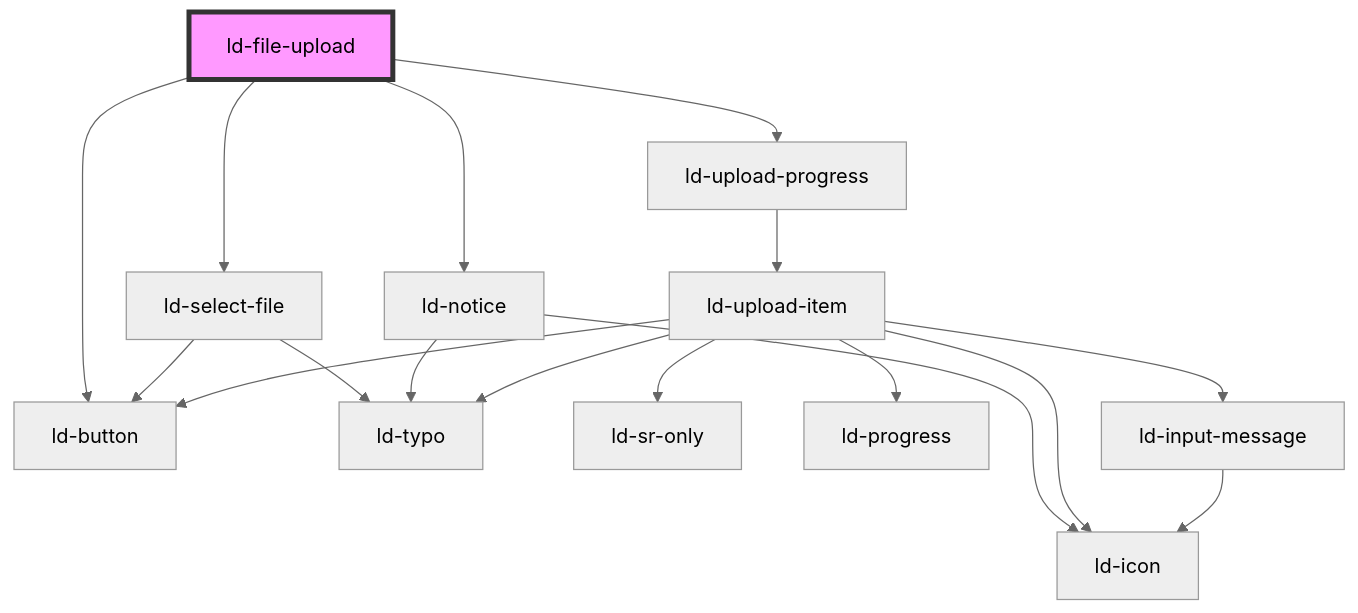
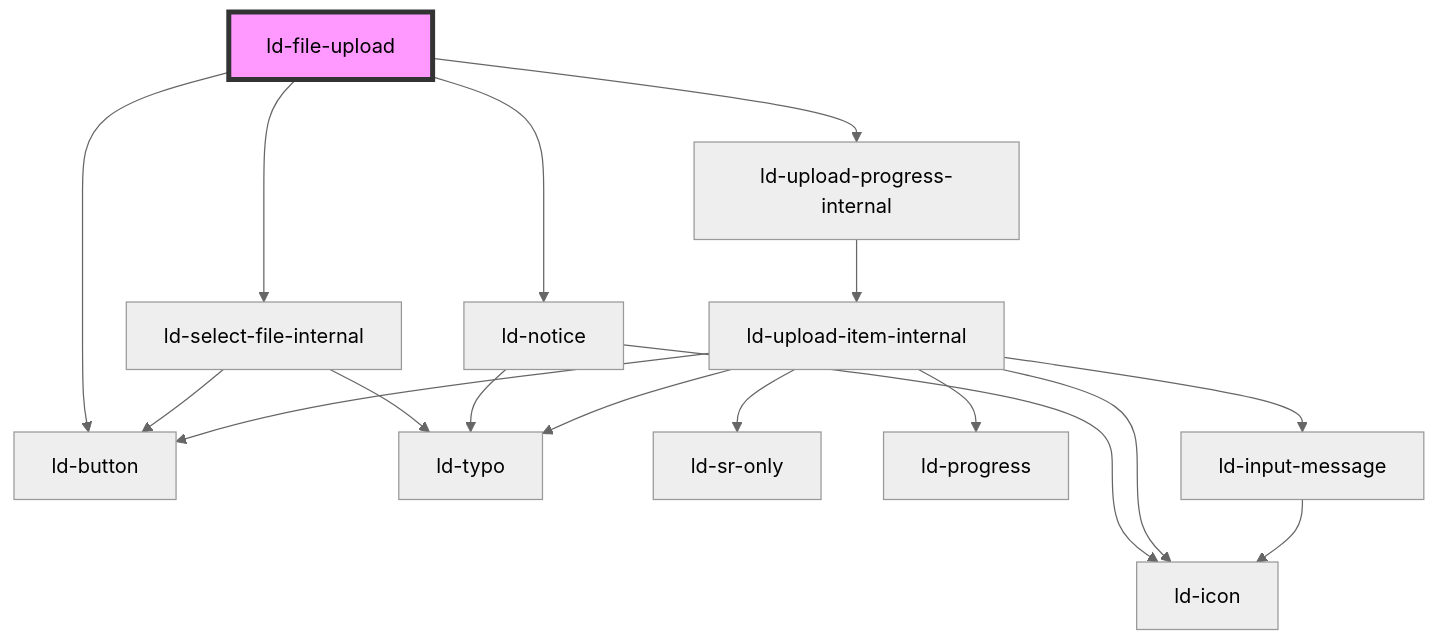
The diagram in src/liquid/components/ld-file-upload/readme.md (emdgroup-liquid/liquid), drawn with Mermaid (neutral theme) before and after one commit. The commit also changed other lines of this file and 27 other files, not shown here.

Commit message:
fix(ld-file-upload): make sure internal components are internal

````diff
--- a/src/liquid/components/ld-file-upload/readme.md
+++ b/src/liquid/components/ld-file-upload/readme.md
@@ -1866,20 +1866,20 @@
 ```mermaid
 graph TD;
-  ld-file-upload --> ld-select-file
+  ld-file-upload --> ld-select-file-internal
   ld-file-upload --> ld-notice
-  ld-file-upload --> ld-upload-progress
+  ld-file-upload --> ld-upload-progress-internal
   ld-file-upload --> ld-button
-  ld-select-file --> ld-typo
-  ld-select-file --> ld-button
+  ld-select-file-internal --> ld-typo
+  ld-select-file-internal --> ld-button
   ld-notice --> ld-icon
   ld-notice --> ld-typo
-  ld-upload-progress --> ld-upload-item
-  ld-upload-item --> ld-icon
-  ld-upload-item --> ld-typo
-  ld-upload-item --> ld-button
-  ld-upload-item --> ld-sr-only
-  ld-upload-item --> ld-progress
-  ld-upload-item --> ld-input-message
+  ld-upload-progress-internal --> ld-upload-item-internal
+  ld-upload-item-internal --> ld-icon
+  ld-upload-item-internal --> ld-typo
+  ld-upload-item-internal --> ld-button
+  ld-upload-item-internal --> ld-sr-only
+  ld-upload-item-internal --> ld-progress
+  ld-upload-item-internal --> ld-input-message
   ld-input-message --> ld-icon
   style ld-file-upload fill:#f9f,stroke:#333,stroke-width:4px
 ```
````
